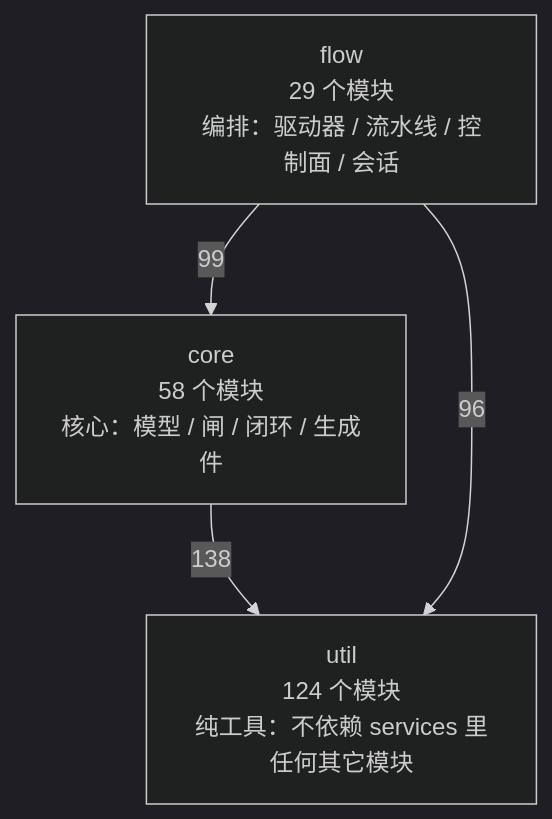
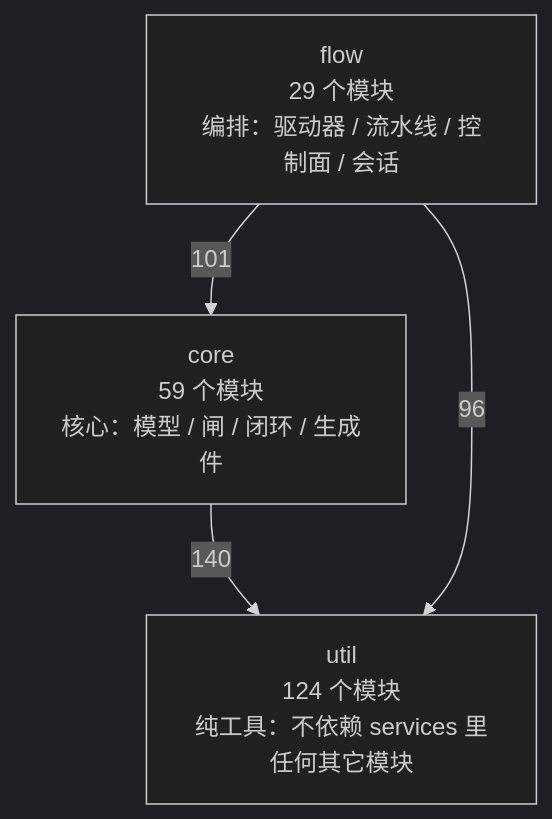
Before and after one commit to 2686521696/WhyBuddy: the first of 4 diagrams in docs/SlideRule V6.2 架构图（自动生成）.md, drawn with Mermaid (dark theme). The commit also changed other lines of this file and 13 other files, not shown here.

````diff
--- a/docs/SlideRule V6.2 架构图（自动生成）.md
+++ b/docs/SlideRule V6.2 架构图（自动生成）.md
@@ -48,9 +48,9 @@
 ```mermaid
 flowchart TB
   util["util<br/>124 个模块<br/>纯工具：不依赖 services 里任何其它模块"]
-  core["core<br/>58 个模块<br/>核心：模型 / 闸 / 闭环 / 生成件"]
+  core["core<br/>59 个模块<br/>核心：模型 / 闸 / 闭环 / 生成件"]
   flow["flow<br/>29 个模块<br/>编排：驱动器 / 流水线 / 控制面 / 会话"]
-  core -->|138| util
-  flow -->|99| core
+  core -->|140| util
+  flow -->|101| core
   flow -->|96| util
 ```
````
